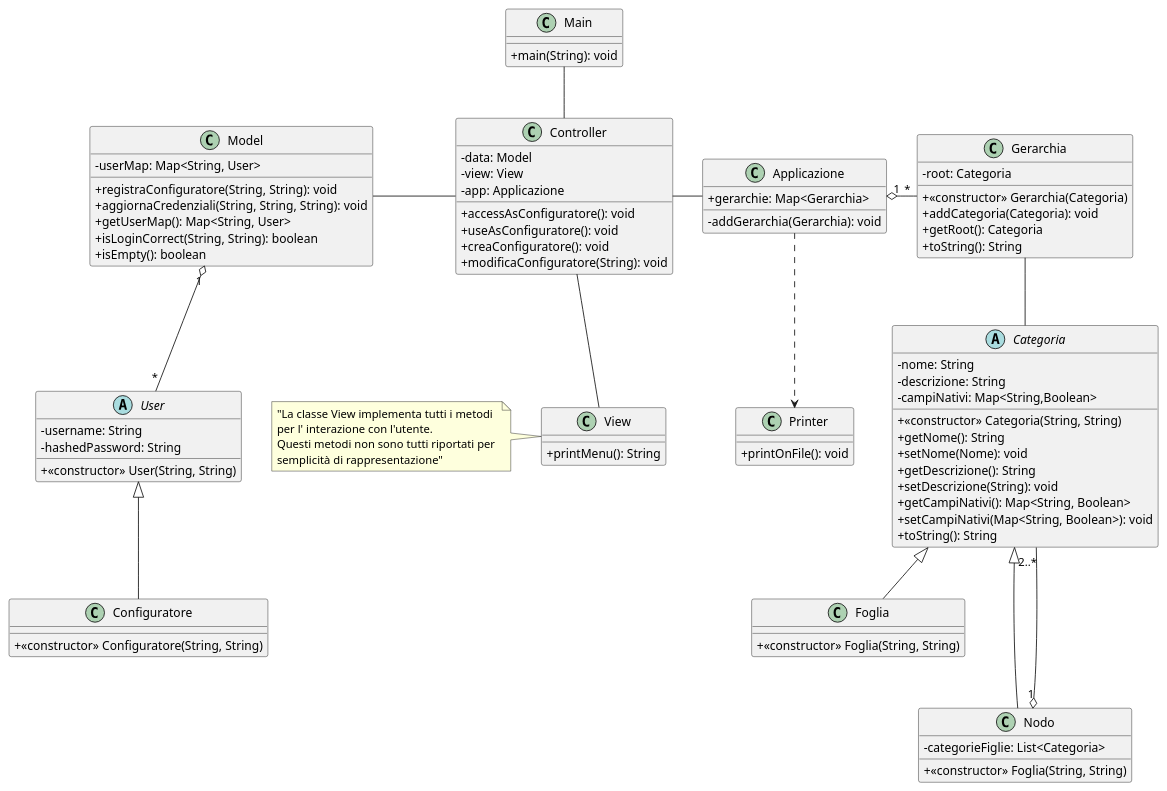
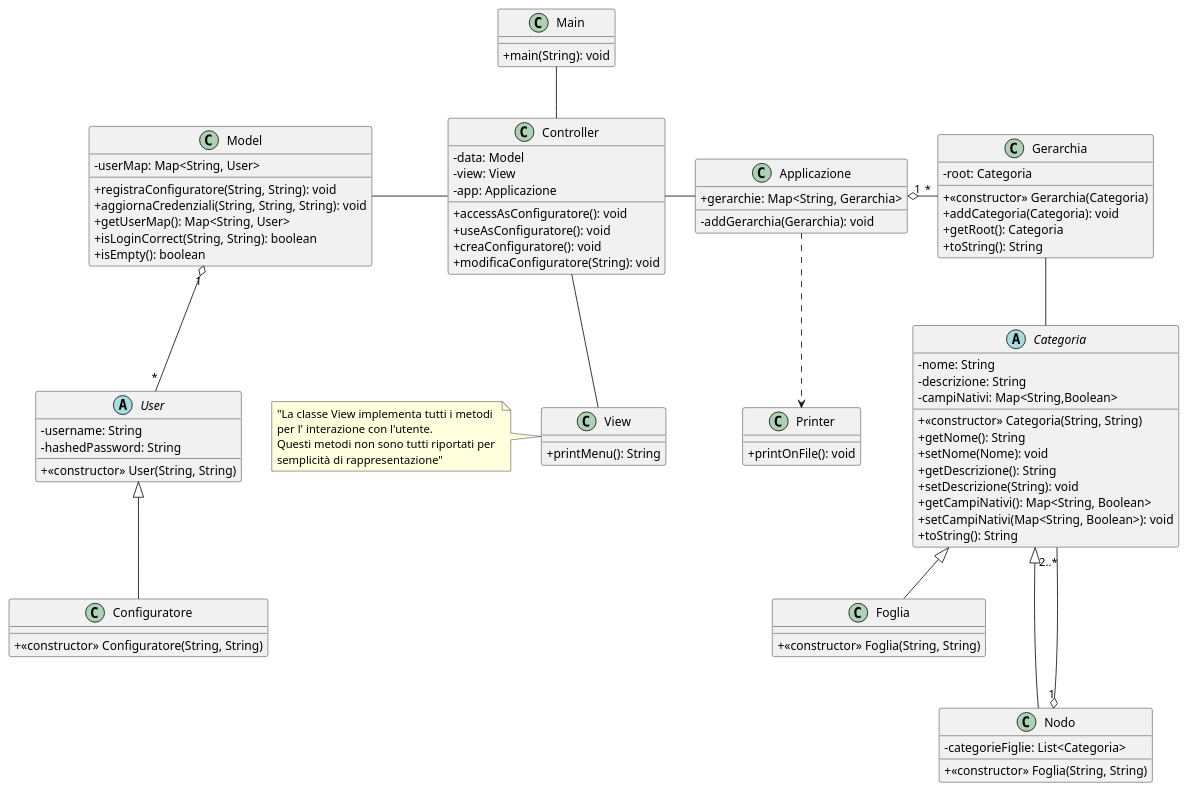
Before and after one commit to eletoo/inge_del_software: the diagram in doc/uml/version1/puml/Class diagram-Version1.0.puml, drawn with PlantUML. The commit also changed 62 other files, not shown here.

```diff
--- a/doc/uml/version1/puml/Class diagram-Version1.0.puml
+++ b/doc/uml/version1/puml/Class diagram-Version1.0.puml
@@ -1,96 +1,96 @@
 @startuml
 skinparam ClassAttributeIconSize 0
 
 class Applicazione{
-+ gerarchie: Map<Gerarchia>
++ gerarchie: Map<String, Gerarchia>
 - addGerarchia(Gerarchia): void
 }
 
 abstract class User{
 - username: String
 - hashedPassword: String
 + <<constructor>> User(String, String)
 }
 
 class Configuratore{
 + <<constructor>> Configuratore(String, String)
 }
 
 class Printer{
 + printOnFile(): void
 }
 
 class Gerarchia{
 - root: Categoria
 + <<constructor>> Gerarchia(Categoria)
 + addCategoria(Categoria): void
 + getRoot(): Categoria
 + toString(): String
 }
 
 abstract class Categoria{
 - nome: String
 - descrizione: String
 - campiNativi: Map<String,Boolean>
 + <<constructor>> Categoria(String, String)
 + getNome(): String
 + setNome(Nome): void
 + getDescrizione(): String
 + setDescrizione(String): void
 + getCampiNativi(): Map<String, Boolean>
 + setCampiNativi(Map<String, Boolean>): void
 + toString(): String
 }
 
 class Foglia{
 + <<constructor>> Foglia(String, String)
 }
 
 class Nodo{
 - categorieFiglie: List<Categoria>
 + <<constructor>> Foglia(String, String)
 }
 
 class View{
 + printMenu(): String
 }
 note left: "La classe View implementa tutti i metodi\nper l' interazione con l'utente.\nQuesti metodi non sono tutti riportati per \nsemplicità di rappresentazione"
 
 
 class Model{
 - userMap: Map<String, User>
 + registraConfiguratore(String, String): void
 + aggiornaCredenziali(String, String, String): void
 + getUserMap(): Map<String, User>
 + isLoginCorrect(String, String): boolean
 + isEmpty(): boolean
 }
 
 class Controller{
 - data: Model
 - view: View
 - app: Applicazione
 + accessAsConfiguratore(): void
 + useAsConfiguratore(): void
 + creaConfiguratore(): void
 + modificaConfiguratore(String): void
 }
 
 class Main{
 + main(String): void
 }
 
 User <|-down- Configuratore
 Printer <.up. Applicazione
 Gerarchia "*" -left-o "1" Applicazione
 Categoria -up- Gerarchia
 Foglia -up-|> Categoria
 Nodo "1" o-down-- "2..*" Categoria
 Nodo -up-|> Categoria
 Model "1" o-- "*" User
 Controller -left- Model
 Controller -right- Applicazione
 Controller -down- View
 Main -- Controller
 
 @enduml
```
